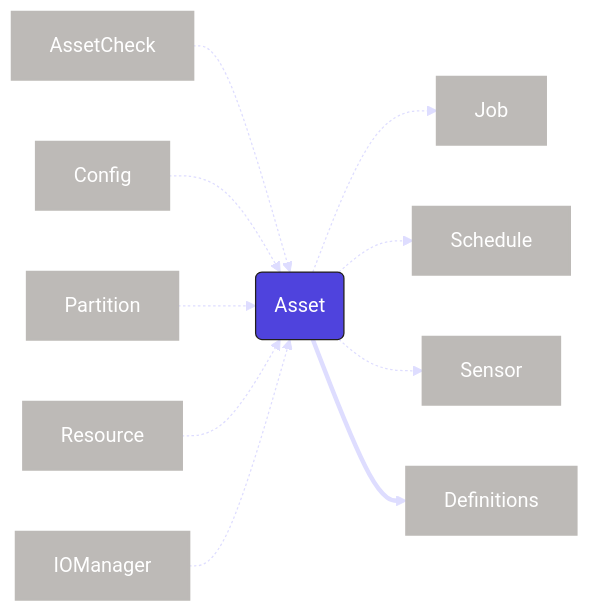
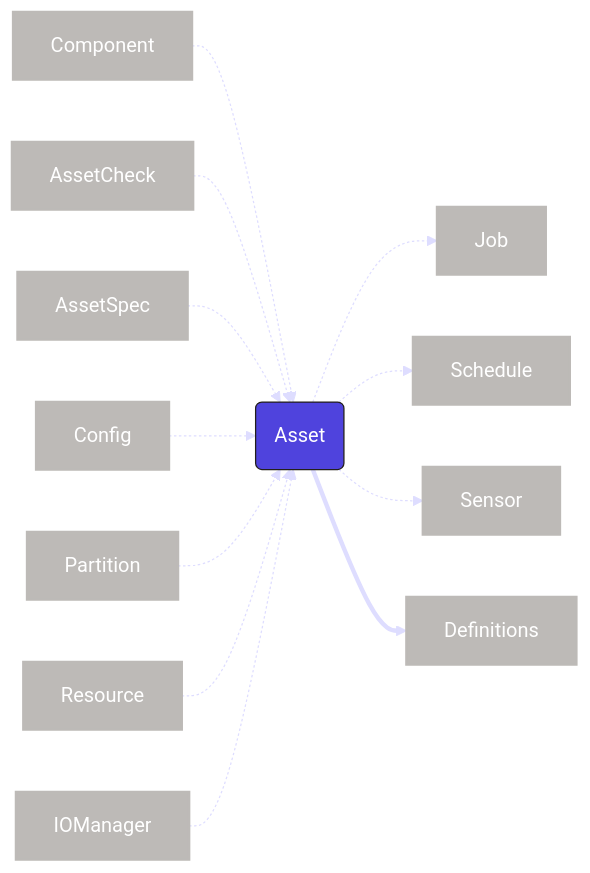
The second of 17 diagrams in docs/docs/getting-started/concepts.md (dagster-io/dagster), drawn with Mermaid before and after one commit. The commit also changed other lines of this file, not shown here.

Commit message:
fix diagrams

````diff
--- a/docs/docs/getting-started/concepts.md
+++ b/docs/docs/getting-started/concepts.md
@@ -109,39 +113,43 @@
 ```mermaid
 %%{
   init: {
     'theme': 'base',
     'themeVariables': {
       'primaryColor': '#4F43DD',
       'primaryTextColor': '#FFFFFF',
       'primaryBorderColor': '#231F1B',
       'lineColor': '#DEDDFF',
       'secondaryColor': '#BDBAB7',
       'tertiaryColor': '#FFFFFF'
     }
   }
 }%%
   graph LR
     style Config fill:#BDBAB7,stroke:#BDBAB7,stroke-width:2px
     style Partition fill:#BDBAB7,stroke:#BDBAB7,stroke-width:2px
 
     style Job fill:#BDBAB7,stroke:#BDBAB7,stroke-width:2px
     style Schedule fill:#BDBAB7,stroke:#BDBAB7,stroke-width:2px
     style Sensor fill:#BDBAB7,stroke:#BDBAB7,stroke-width:2px
     style IOManager fill:#BDBAB7,stroke:#BDBAB7,stroke-width:2px
     style Resource fill:#BDBAB7,stroke:#BDBAB7,stroke-width:2px
     style AssetCheck fill:#BDBAB7,stroke:#BDBAB7,stroke-width:2px
+    style AssetSpec fill:#BDBAB7,stroke:#BDBAB7,stroke-width:2px
+    style Component fill:#BDBAB7,stroke:#BDBAB7,stroke-width:2px
     style Definitions fill:#BDBAB7,stroke:#BDBAB7,stroke-width:2px
 
+    Component -.-> Asset
     AssetCheck -.-> Asset
+    AssetSpec -.-> Asset
     Config -.-> Asset
     Partition -.-> Asset
     Resource -.-> Asset
     IOManager -.-> Asset
 
     Asset(Asset)
 
     Asset -.-> Job
     Asset -.-> Schedule
     Asset -.-> Sensor
     Asset ==> Definitions
 ```
````
